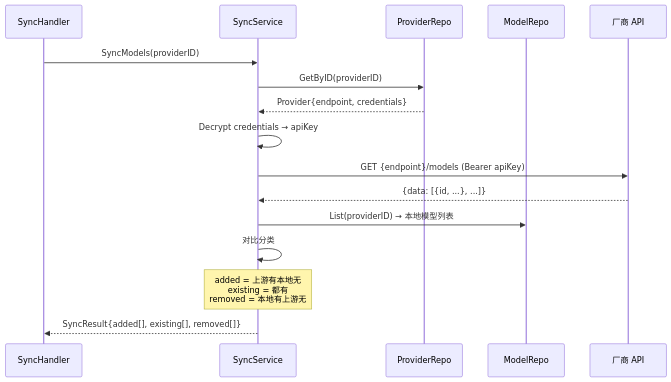
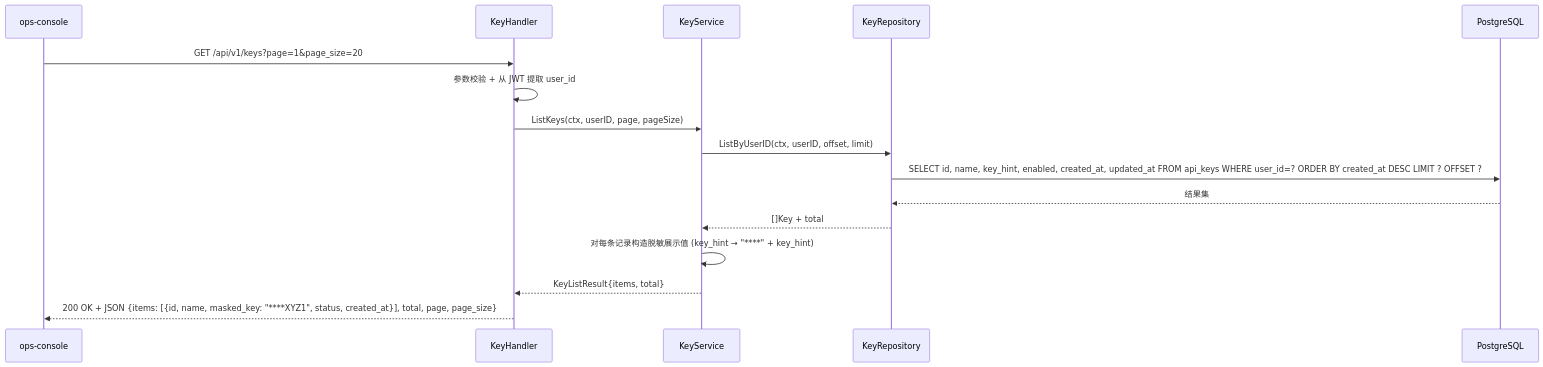
The third of 6 diagrams in xspec/changes/control-plane/design.delta.md (achieve-jsy/llm-gateway), drawn with Mermaid before and after one commit. The commit also changed other lines of this file and 231 other files, not shown here.

First line of the commit message:
feat(auth): 实现 SSO 登录和 API Key 管理功能

````diff
--- a/xspec/changes/control-plane/design.delta.md
+++ b/xspec/changes/control-plane/design.delta.md
@@ -49,19 +137,19 @@
 ```mermaid
 sequenceDiagram
-    participant H as SyncHandler
-    participant S as SyncService
-    participant P as ProviderRepo
-    participant M as ModelRepo
-    participant U as 厂商 API
+    participant OC as ops-console
+    participant KH as KeyHandler
+    participant KS as KeyService
+    participant KR as KeyRepository
+    participant DB as PostgreSQL
 
-    H->>S: SyncModels(providerID)
-    S->>P: GetByID(providerID)
-    P-->>S: Provider{endpoint, credentials}
-    S->>S: Decrypt credentials → apiKey
-    S->>U: GET {endpoint}/models (Bearer apiKey)
-    U-->>S: {data: [{id, ...}, ...]}
-    S->>M: List(providerID) → 本地模型列表
-    S->>S: 对比分类
-    Note over S: added = 上游有本地无<br/>existing = 都有<br/>removed = 本地有上游无
-    S-->>H: SyncResult{added[], existing[], removed[]}
+    OC->>KH: GET /api/v1/keys?page=1&page_size=20
+    KH->>KH: 参数校验 + 从 JWT 提取 user_id
+    KH->>KS: ListKeys(ctx, userID, page, pageSize)
+    KS->>KR: ListByUserID(ctx, userID, offset, limit)
+    KR->>DB: SELECT id, name, key_hint, enabled, created_at, updated_at FROM api_keys WHERE user_id=? ORDER BY created_at DESC LIMIT ? OFFSET ?
+    DB-->>KR: 结果集
+    KR-->>KS: []Key + total
+    KS->>KS: 对每条记录构造脱敏展示值 (key_hint → "****" + key_hint)
+    KS-->>KH: KeyListResult{items, total}
+    KH-->>OC: 200 OK + JSON {items: [{id, name, masked_key: "****XYZ1", status, created_at}], total, page, page_size}
 ```
````
